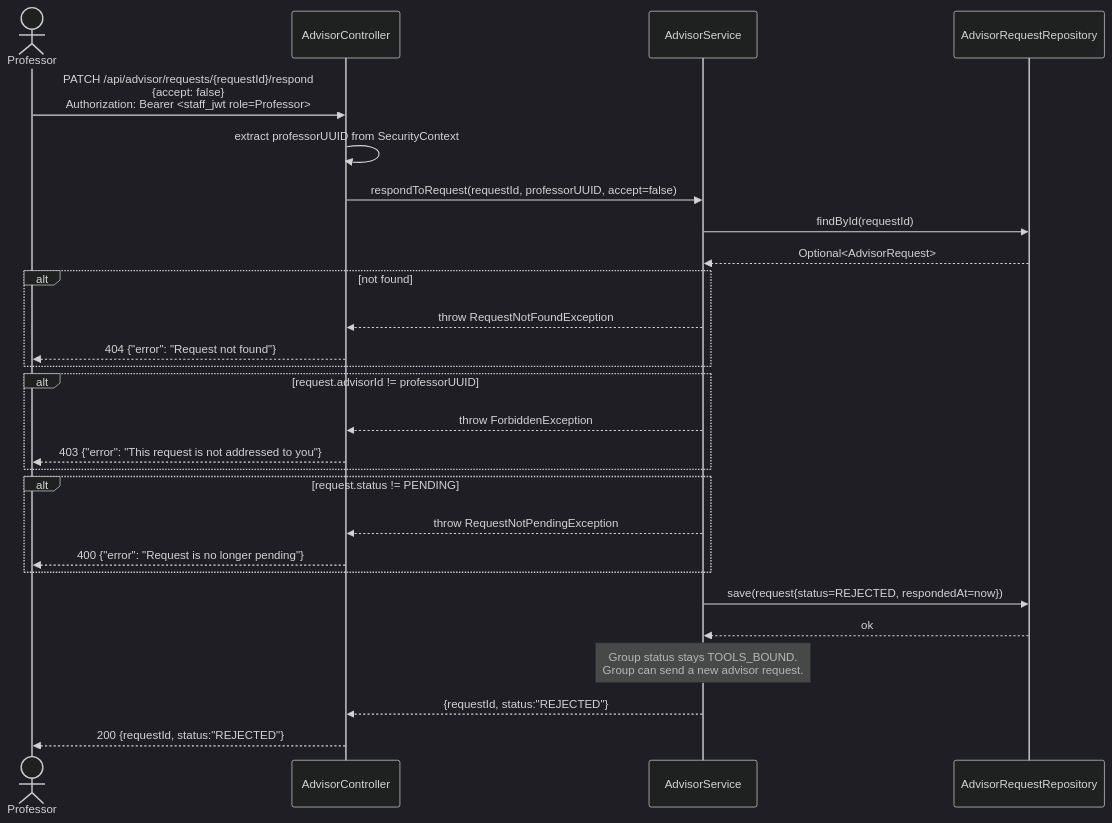
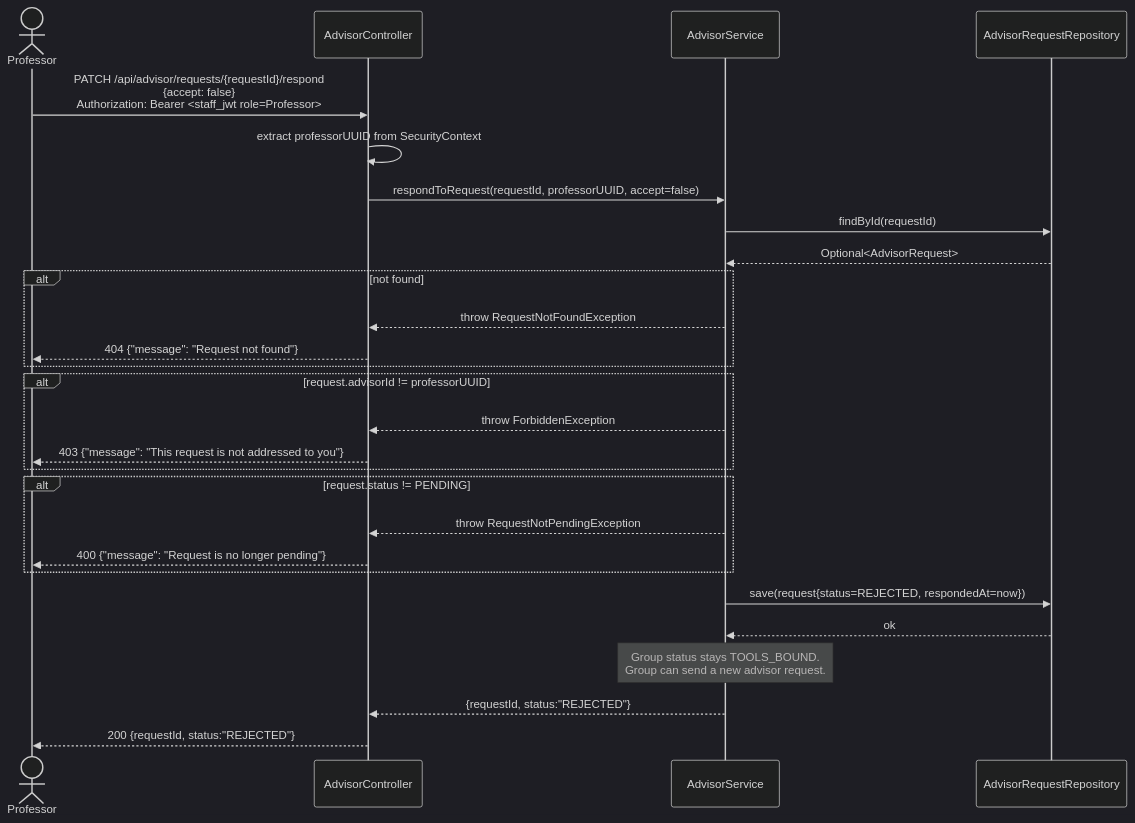
One commit to SE3318-Spring-2025-2026/senior-app-6 changed the third of 4 diagrams in docs/process3/sequences/3.2_3.3_advisor_respond_p3.md. Above: the diagram before and after it, drawn with Mermaid (dark theme). The commit also changed other lines of this file and 27 other files, not shown here.

````diff
--- a/docs/process3/sequences/3.2_3.3_advisor_respond_p3.md
+++ b/docs/process3/sequences/3.2_3.3_advisor_respond_p3.md
@@ -73,37 +73,37 @@
 ```mermaid
 sequenceDiagram
     actor Professor
     participant AdvisorController
     participant AdvisorService
     participant AdvisorRequestRepository
 
     Professor->>AdvisorController: PATCH /api/advisor/requests/{requestId}/respond<br/>{accept: false}<br/>Authorization: Bearer <staff_jwt role=Professor>
 
     AdvisorController->>AdvisorController: extract professorUUID from SecurityContext
     AdvisorController->>AdvisorService: respondToRequest(requestId, professorUUID, accept=false)
 
     AdvisorService->>AdvisorRequestRepository: findById(requestId)
     AdvisorRequestRepository-->>AdvisorService: Optional<AdvisorRequest>
 
     alt not found
         AdvisorService-->>AdvisorController: throw RequestNotFoundException
-        AdvisorController-->>Professor: 404 {"error": "Request not found"}
+        AdvisorController-->>Professor: 404 {"message": "Request not found"}
     end
 
     alt request.advisorId != professorUUID
         AdvisorService-->>AdvisorController: throw ForbiddenException
-        AdvisorController-->>Professor: 403 {"error": "This request is not addressed to you"}
+        AdvisorController-->>Professor: 403 {"message": "This request is not addressed to you"}
     end
 
     alt request.status != PENDING
         AdvisorService-->>AdvisorController: throw RequestNotPendingException
-        AdvisorController-->>Professor: 400 {"error": "Request is no longer pending"}
+        AdvisorController-->>Professor: 400 {"message": "Request is no longer pending"}
     end
 
     AdvisorService->>AdvisorRequestRepository: save(request{status=REJECTED, respondedAt=now})
     AdvisorRequestRepository-->>AdvisorService: ok
 
     Note over AdvisorService: Group status stays TOOLS_BOUND.<br/>Group can send a new advisor request.
     AdvisorService-->>AdvisorController: {requestId, status:"REJECTED"}
     AdvisorController-->>Professor: 200 {requestId, status:"REJECTED"}
 ```
````
